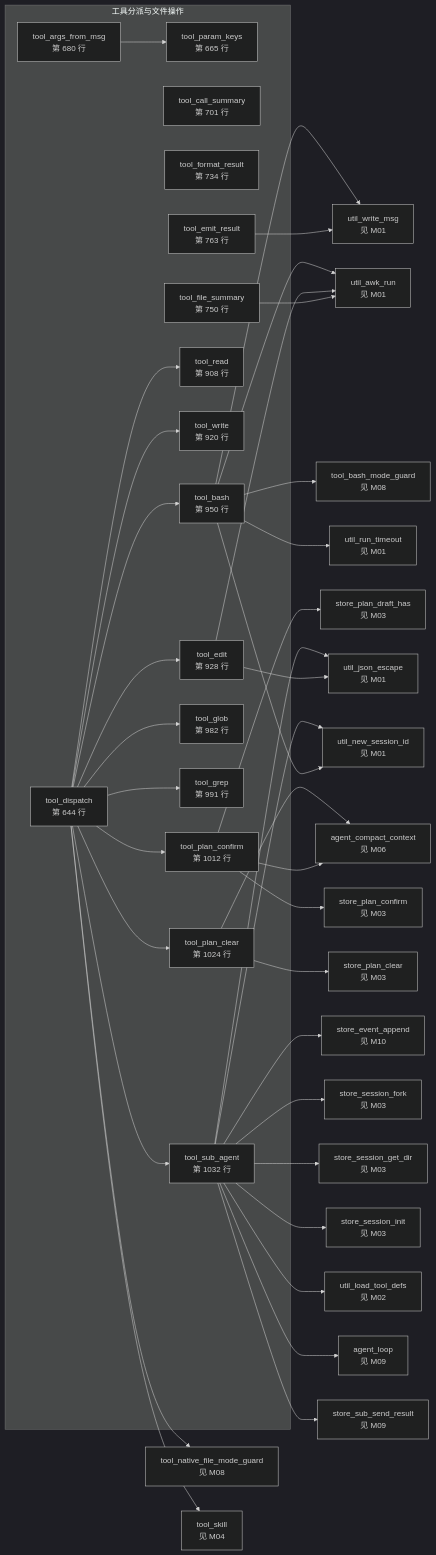
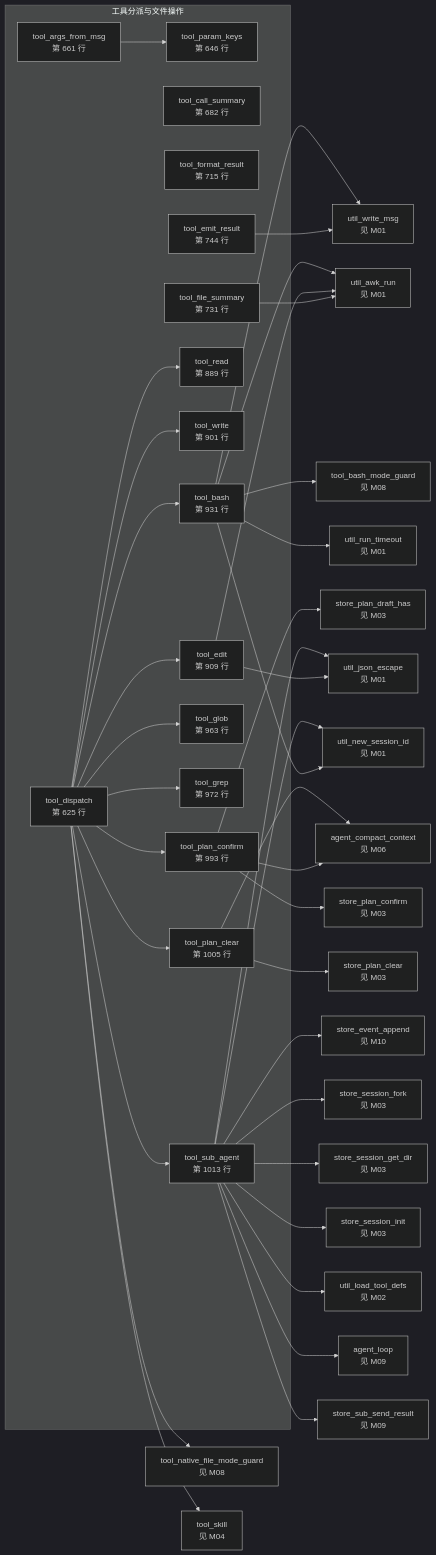
One commit to lloydzhou/bash-agent changed the ninth of 15 diagrams in docs/bash-data-flow.md. Above: the diagram before and after it, drawn with Mermaid (dark theme). The commit also changed other lines of this file and 3 other files, not shown here.

````diff
--- a/docs/bash-data-flow.md
+++ b/docs/bash-data-flow.md
@@ -336,75 +333,75 @@
 ```mermaid
 flowchart LR
   subgraph mod_7["工具分派与文件操作"]
-    f_tool_dispatch["tool_dispatch<br/>第 644 行"]
-    f_tool_param_keys["tool_param_keys<br/>第 665 行"]
-    f_tool_args_from_msg["tool_args_from_msg<br/>第 680 行"]
-    f_tool_call_summary["tool_call_summary<br/>第 701 行"]
-    f_tool_format_result["tool_format_result<br/>第 734 行"]
-    f_tool_file_summary["tool_file_summary<br/>第 750 行"]
-    f_tool_emit_result["tool_emit_result<br/>第 763 行"]
-    f_tool_read["tool_read<br/>第 908 行"]
-    f_tool_write["tool_write<br/>第 920 行"]
-    f_tool_edit["tool_edit<br/>第 928 行"]
-    f_tool_bash["tool_bash<br/>第 950 行"]
-    f_tool_glob["tool_glob<br/>第 982 行"]
-    f_tool_grep["tool_grep<br/>第 991 行"]
-    f_tool_plan_confirm["tool_plan_confirm<br/>第 1012 行"]
-    f_tool_plan_clear["tool_plan_clear<br/>第 1024 行"]
-    f_tool_sub_agent["tool_sub_agent<br/>第 1032 行"]
+    f_tool_dispatch["tool_dispatch<br/>第 625 行"]
+    f_tool_param_keys["tool_param_keys<br/>第 646 行"]
+    f_tool_args_from_msg["tool_args_from_msg<br/>第 661 行"]
+    f_tool_call_summary["tool_call_summary<br/>第 682 行"]
+    f_tool_format_result["tool_format_result<br/>第 715 行"]
+    f_tool_file_summary["tool_file_summary<br/>第 731 行"]
+    f_tool_emit_result["tool_emit_result<br/>第 744 行"]
+    f_tool_read["tool_read<br/>第 889 行"]
+    f_tool_write["tool_write<br/>第 901 行"]
+    f_tool_edit["tool_edit<br/>第 909 行"]
+    f_tool_bash["tool_bash<br/>第 931 行"]
+    f_tool_glob["tool_glob<br/>第 963 行"]
+    f_tool_grep["tool_grep<br/>第 972 行"]
+    f_tool_plan_confirm["tool_plan_confirm<br/>第 993 行"]
+    f_tool_plan_clear["tool_plan_clear<br/>第 1005 行"]
+    f_tool_sub_agent["tool_sub_agent<br/>第 1013 行"]
   end
   f_agent_compact_context["agent_compact_context<br/>见 M06"]
   f_agent_loop["agent_loop<br/>见 M09"]
   f_store_event_append["store_event_append<br/>见 M10"]
   f_store_plan_clear["store_plan_clear<br/>见 M03"]
   f_store_plan_confirm["store_plan_confirm<br/>见 M03"]
   f_store_plan_draft_has["store_plan_draft_has<br/>见 M03"]
   f_store_session_fork["store_session_fork<br/>见 M03"]
   f_store_session_get_dir["store_session_get_dir<br/>见 M03"]
   f_store_session_init["store_session_init<br/>见 M03"]
   f_store_sub_send_result["store_sub_send_result<br/>见 M09"]
   f_tool_bash_mode_guard["tool_bash_mode_guard<br/>见 M08"]
   f_tool_native_file_mode_guard["tool_native_file_mode_guard<br/>见 M08"]
   f_tool_skill["tool_skill<br/>见 M04"]
   f_util_awk_run["util_awk_run<br/>见 M01"]
   f_util_json_escape["util_json_escape<br/>见 M01"]
   f_util_load_tool_defs["util_load_tool_defs<br/>见 M02"]
   f_util_new_session_id["util_new_session_id<br/>见 M01"]
   f_util_run_timeout["util_run_timeout<br/>见 M01"]
   f_util_write_msg["util_write_msg<br/>见 M01"]
   f_tool_dispatch --> f_tool_native_file_mode_guard
   f_tool_dispatch --> f_tool_read
   f_tool_dispatch --> f_tool_write
   f_tool_dispatch --> f_tool_edit
   f_tool_dispatch --> f_tool_bash
   f_tool_dispatch --> f_tool_glob
   f_tool_dispatch --> f_tool_grep
   f_tool_dispatch --> f_tool_plan_confirm
   f_tool_dispatch --> f_tool_plan_clear
   f_tool_dispatch --> f_tool_skill
   f_tool_dispatch --> f_tool_sub_agent
   f_tool_args_from_msg --> f_tool_param_keys
   f_tool_file_summary --> f_util_awk_run
   f_tool_emit_result --> f_util_write_msg
   f_tool_edit --> f_util_json_escape
   f_tool_edit --> f_util_awk_run
   f_tool_bash --> f_tool_bash_mode_guard
   f_tool_bash --> f_util_new_session_id
   f_tool_bash --> f_util_write_msg
   f_tool_bash --> f_util_run_timeout
   f_tool_bash --> f_util_awk_run
   f_tool_plan_confirm --> f_store_plan_draft_has
   f_tool_plan_confirm --> f_agent_compact_context
   f_tool_plan_confirm --> f_store_plan_confirm
   f_tool_plan_clear --> f_agent_compact_context
   f_tool_plan_clear --> f_store_plan_clear
   f_tool_sub_agent --> f_util_new_session_id
   f_tool_sub_agent --> f_store_event_append
   f_tool_sub_agent --> f_util_json_escape
   f_tool_sub_agent --> f_store_session_fork
   f_tool_sub_agent --> f_store_session_get_dir
   f_tool_sub_agent --> f_store_session_init
   f_tool_sub_agent --> f_util_load_tool_defs
   f_tool_sub_agent --> f_agent_loop
   f_tool_sub_agent --> f_store_sub_send_result
 ```
````
